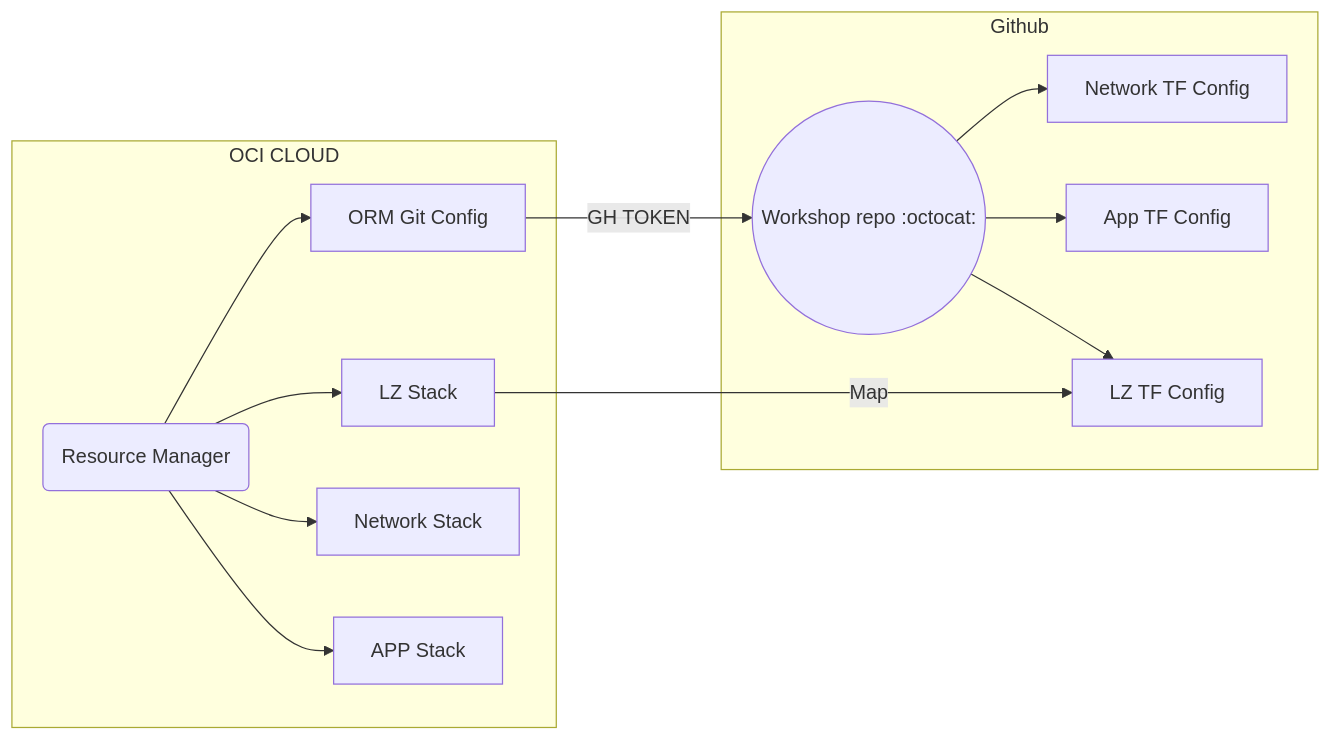
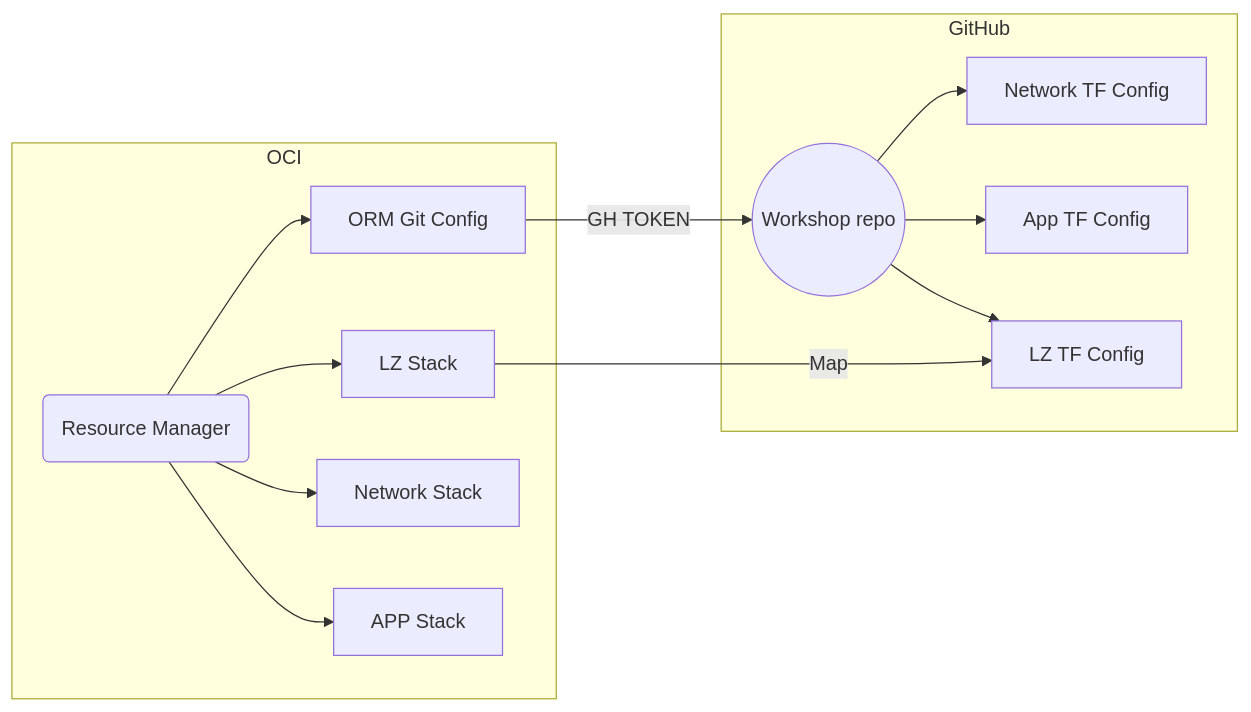
The diagram in workshop/lab-01/README.md (saguadob/ora-lz-k8s-iac-devsecops), drawn with Mermaid before and after one commit. The commit also changed other lines of this file, not shown here.

````diff
--- a/workshop/lab-01/README.md
+++ b/workshop/lab-01/README.md
@@ -19,16 +20,16 @@
 ```mermaid
 flowchart LR
-    subgraph Github
+    subgraph GitHub
     Repo --> Net[Network TF Config]
     Repo --> App[App TF Config]
-    Repo((Workshop repo :octocat:)) --> LZ[LZ TF Config]
+    Repo((Workshop repo )) --> LZ[LZ TF Config]
     end
-    subgraph OCI CLOUD
+    subgraph OCI
     ORM(Resource Manager) --> VCS_CONFIG[ORM Git Config]
     ORM --> LZ_STACK[LZ Stack]
     ORM --> NET_STACK[Network Stack]
     ORM --> APP_STACK[APP Stack]
     end
     VCS_CONFIG -->|GH TOKEN| Repo
     LZ_STACK --> |Map| LZ
 ```
````
